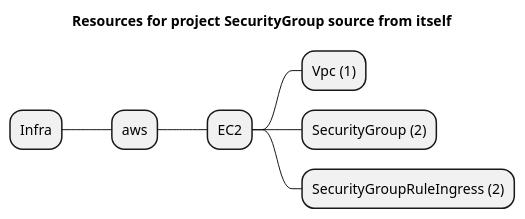
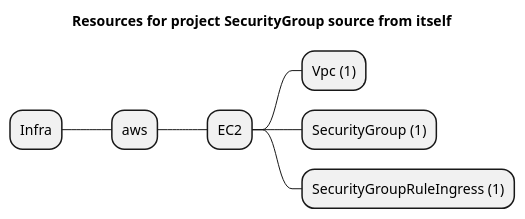
Before and after one commit to grucloud/grucloud: the diagram in examples/aws/EC2/securityGroupSelf/artifacts/resources-mindmap.puml, drawn with PlantUML. The commit also changed 319 other files, not shown here.

Commit message:
security group breaking change, aurora v2

```diff
--- a/examples/aws/EC2/securityGroupSelf/artifacts/resources-mindmap.puml
+++ b/examples/aws/EC2/securityGroupSelf/artifacts/resources-mindmap.puml
@@ -1,10 +1,10 @@
 @startmindmap
 title Resources for project SecurityGroup source from itself
 skinparam monochrome true
 + Infra
 ++ aws
 +++ EC2
 ++++ Vpc (1)
-++++ SecurityGroup (2)
-++++ SecurityGroupRuleIngress (2)
+++++ SecurityGroup (1)
+++++ SecurityGroupRuleIngress (1)
 @endmindmap
```
